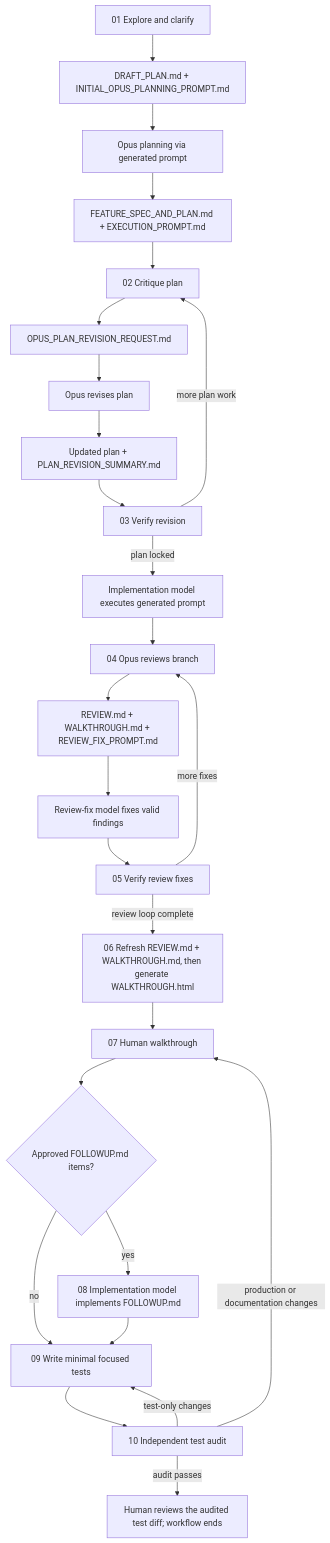
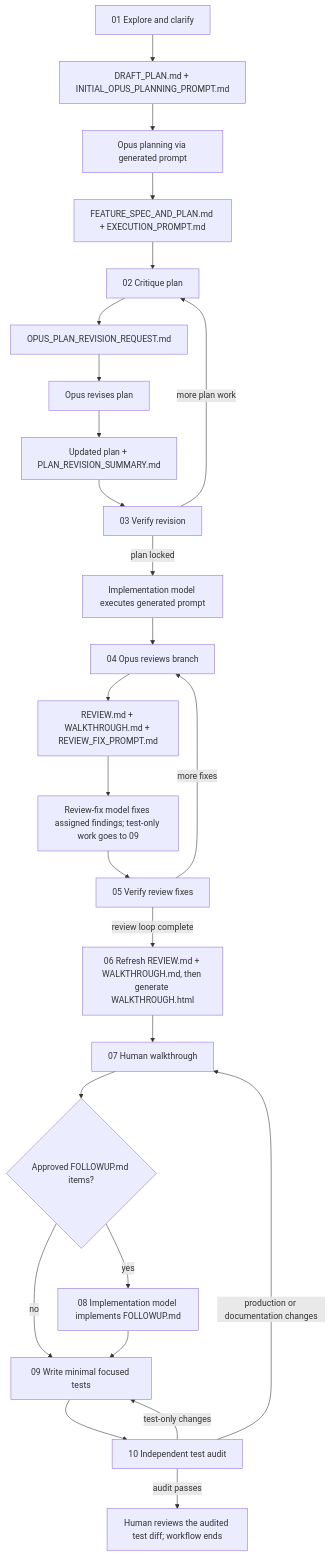
Before and after one commit to viseshrp/ai-coding-workflow: the diagram in README.md, drawn with Mermaid. The commit also changed other lines of this file and 11 other files, not shown here.

````diff
--- a/README.md
+++ b/README.md
@@ -9,28 +9,28 @@
 ```mermaid
 flowchart TD
     A["01 Explore and clarify"] --> B["DRAFT_PLAN.md + INITIAL_OPUS_PLANNING_PROMPT.md"]
     B --> C["Opus planning via generated prompt"]
     C --> D["FEATURE_SPEC_AND_PLAN.md + EXECUTION_PROMPT.md"]
     D --> E["02 Critique plan"]
     E --> F["OPUS_PLAN_REVISION_REQUEST.md"]
     F --> G["Opus revises plan"]
     G --> H["Updated plan + PLAN_REVISION_SUMMARY.md"]
     H --> I["03 Verify revision"]
     I -- "more plan work" --> E
     I -- "plan locked" --> J["Implementation model executes generated prompt"]
     J --> K["04 Opus reviews branch"]
     K --> L["REVIEW.md + WALKTHROUGH.md + REVIEW_FIX_PROMPT.md"]
-    L --> M["Review-fix model fixes valid findings"]
+    L --> M["Review-fix model fixes assigned findings; test-only work goes to 09"]
     M --> N["05 Verify review fixes"]
     N -- "more fixes" --> K
     N -- "review loop complete" --> O["06 Refresh REVIEW.md + WALKTHROUGH.md, then generate WALKTHROUGH.html"]
     O --> P["07 Human walkthrough"]
     P --> Q{"Approved FOLLOWUP.md items?"}
     Q -- "yes" --> R["08 Implementation model implements FOLLOWUP.md"]
     Q -- "no" --> S["09 Write minimal focused tests"]
     R --> S
     S --> T["10 Independent test audit"]
     T -- "test-only changes" --> S
     T -- "production or documentation changes" --> P
     T -- "audit passes" --> U["Human reviews the audited test diff; workflow ends"]
 ```
````
